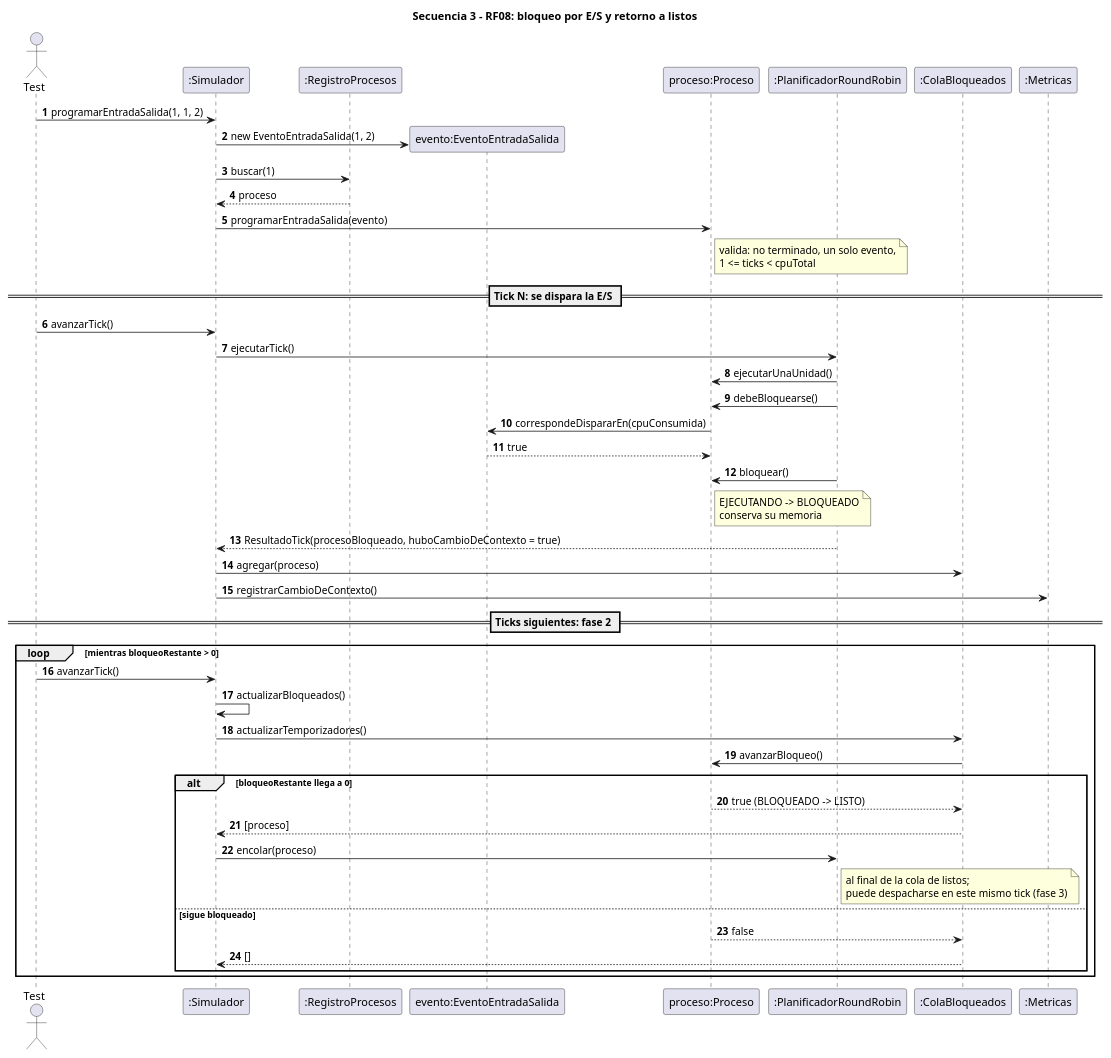
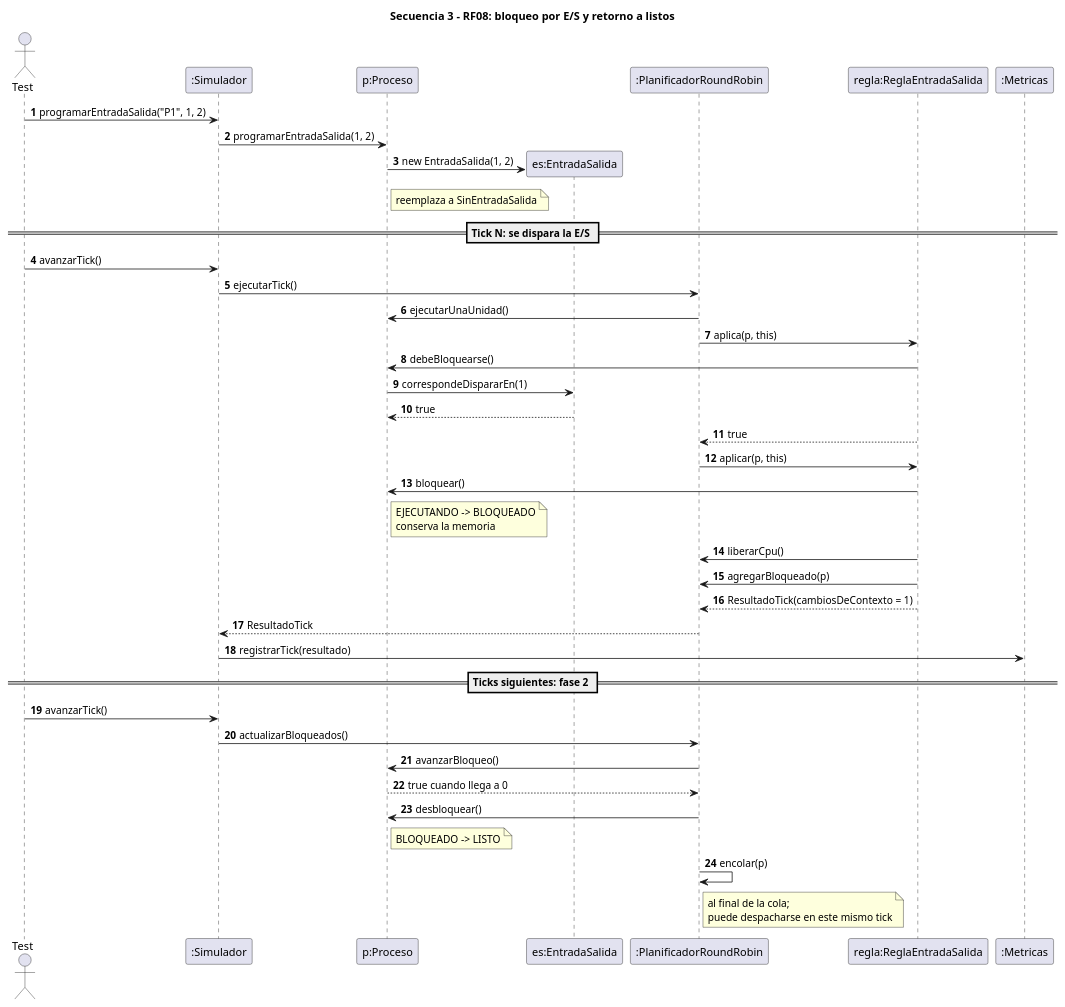
The diagram in docs/diagramas/secuencia-3-bloqueo-entrada-salida.puml (Nicanor-max/MemoriaPOO2.0), drawn with PlantUML before and after one commit. The commit also changed 69 other files, not shown here.

```diff
--- a/docs/diagramas/secuencia-3-bloqueo-entrada-salida.puml
+++ b/docs/diagramas/secuencia-3-bloqueo-entrada-salida.puml
@@ -1,49 +1,44 @@
 @startuml secuencia-3-bloqueo-entrada-salida
 title Secuencia 3 - RF08: bloqueo por E/S y retorno a listos
 autonumber
 actor Test
 participant ":Simulador" as S
-participant ":RegistroProcesos" as R
-participant "evento:EventoEntradaSalida" as E
-participant "proceso:Proceso" as P
+participant "p:Proceso" as P
+participant "es:EntradaSalida" as ES
 participant ":PlanificadorRoundRobin" as PL
-participant ":ColaBloqueados" as CB
+participant "regla:ReglaEntradaSalida" as R
 participant ":Metricas" as MT
 
-Test -> S : programarEntradaSalida(1, 1, 2)
-S -> E ** : new EventoEntradaSalida(1, 2)
-S -> R : buscar(1)
-R --> S : proceso
-S -> P : programarEntradaSalida(evento)
-note right of P : valida: no terminado, un solo evento,\n1 <= ticks < cpuTotal
+Test -> S : programarEntradaSalida("P1", 1, 2)
+S -> P : programarEntradaSalida(1, 2)
+P -> ES ** : new EntradaSalida(1, 2)
+note right of P : reemplaza a SinEntradaSalida
 
 == Tick N: se dispara la E/S ==
 Test -> S : avanzarTick()
 S -> PL : ejecutarTick()
 PL -> P : ejecutarUnaUnidad()
-PL -> P : debeBloquearse()
-P -> E : correspondeDispararEn(cpuConsumida)
-E --> P : true
-PL -> P : bloquear()
-note right of P : EJECUTANDO -> BLOQUEADO\nconserva su memoria
-PL --> S : ResultadoTick(procesoBloqueado, huboCambioDeContexto = true)
-S -> CB : agregar(proceso)
-S -> MT : registrarCambioDeContexto()
+PL -> R : aplica(p, this)
+R -> P : debeBloquearse()
+P -> ES : correspondeDispararEn(1)
+ES --> P : true
+R --> PL : true
+PL -> R : aplicar(p, this)
+R -> P : bloquear()
+note right of P : EJECUTANDO -> BLOQUEADO\nconserva la memoria
+R -> PL : liberarCpu()
+R -> PL : agregarBloqueado(p)
+R --> PL : ResultadoTick(cambiosDeContexto = 1)
+PL --> S : ResultadoTick
+S -> MT : registrarTick(resultado)
 
 == Ticks siguientes: fase 2 ==
-loop mientras bloqueoRestante > 0
-  Test -> S : avanzarTick()
-  S -> S : actualizarBloqueados()
-  S -> CB : actualizarTemporizadores()
-  CB -> P : avanzarBloqueo()
-  alt bloqueoRestante llega a 0
-    P --> CB : true (BLOQUEADO -> LISTO)
-    CB --> S : [proceso]
-    S -> PL : encolar(proceso)
-    note right of PL : al final de la cola de listos;\npuede despacharse en este mismo tick (fase 3)
-  else sigue bloqueado
-    P --> CB : false
-    CB --> S : []
-  end
-end
+Test -> S : avanzarTick()
+S -> PL : actualizarBloqueados()
+PL -> P : avanzarBloqueo()
+P --> PL : true cuando llega a 0
+PL -> P : desbloquear()
+note right of P : BLOQUEADO -> LISTO
+PL -> PL : encolar(p)
+note right of PL : al final de la cola;\npuede despacharse en este mismo tick
 @enduml
```
